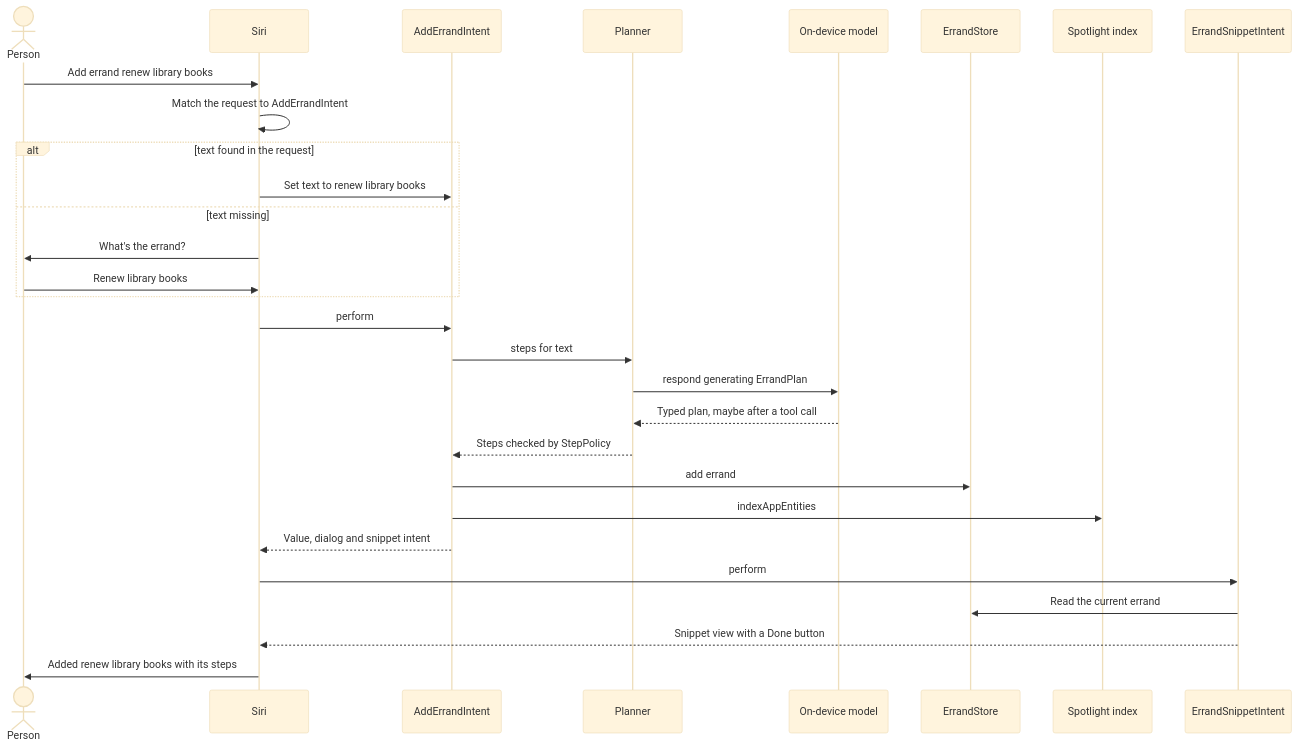
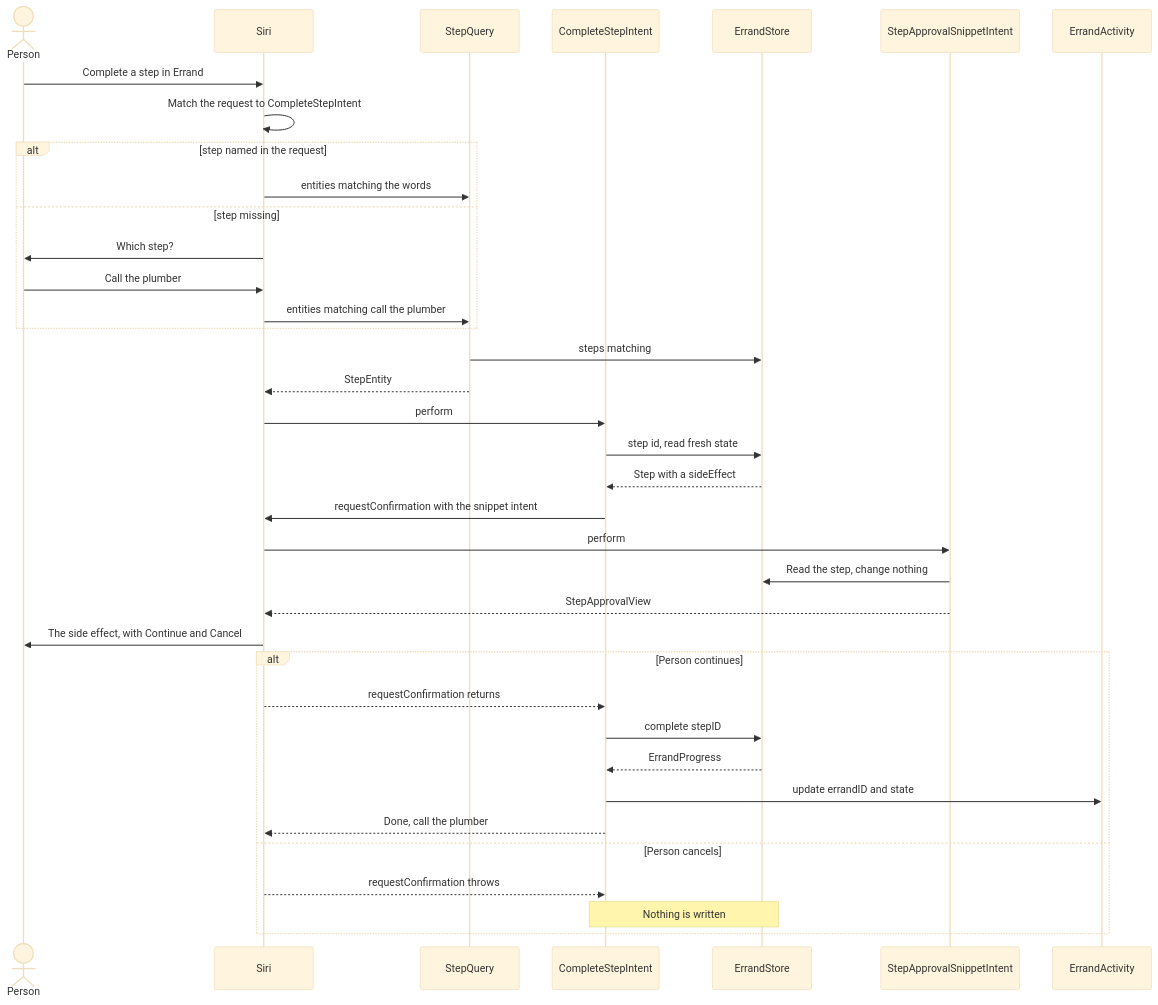
One commit to ehzawad/ideation-of-ios-app changed the second of 2 diagrams in learn/capstone-errand.md. Above: the diagram before and after it, drawn with Mermaid (base theme). The commit also changed other lines of this file and 4 other files, not shown here.

````diff
--- a/learn/capstone-errand.md
+++ b/learn/capstone-errand.md
@@ -69,31 +67,39 @@
 ```mermaid
 sequenceDiagram
   actor P as Person
   participant Siri
-  participant I as AddErrandIntent
-  participant PL as Planner
-  participant M as On-device model
+  participant Q as StepQuery
+  participant I as CompleteStepIntent
   participant S as ErrandStore
-  participant X as Spotlight index
-  participant N as ErrandSnippetIntent
-  P->>Siri: Add errand renew library books
-  Siri->>Siri: Match the request to AddErrandIntent
-  alt text found in the request
-    Siri->>I: Set text to renew library books
-  else text missing
-    Siri->>P: What's the errand?
-    P->>Siri: Renew library books
+  participant N as StepApprovalSnippetIntent
+  participant A as ErrandActivity
+  P->>Siri: Complete a step in Errand
+  Siri->>Siri: Match the request to CompleteStepIntent
+  alt step named in the request
+    Siri->>Q: entities matching the words
+  else step missing
+    Siri->>P: Which step?
+    P->>Siri: Call the plumber
+    Siri->>Q: entities matching call the plumber
   end
+  Q->>S: steps matching
+  Q-->>Siri: StepEntity
   Siri->>I: perform
-  I->>PL: steps for text
-  PL->>M: respond generating ErrandPlan
-  M-->>PL: Typed plan, maybe after a tool call
-  PL-->>I: Steps checked by StepPolicy
-  I->>S: add errand
-  I->>X: indexAppEntities
-  I-->>Siri: Value, dialog and snippet intent
+  I->>S: step id, read fresh state
+  S-->>I: Step with a sideEffect
+  I->>Siri: requestConfirmation with the snippet intent
   Siri->>N: perform
-  N->>S: Read the current errand
-  N-->>Siri: Snippet view with a Done button
-  Siri->>P: Added renew library books with its steps
+  N->>S: Read the step, change nothing
+  N-->>Siri: StepApprovalView
+  Siri->>P: The side effect, with Continue and Cancel
+  alt Person continues
+    Siri-->>I: requestConfirmation returns
+    I->>S: complete stepID
+    S-->>I: ErrandProgress
+    I->>A: update errandID and state
+    I-->>Siri: Done, call the plumber
+  else Person cancels
+    Siri-->>I: requestConfirmation throws
+    Note over I,S: Nothing is written
+  end
 ```
````
